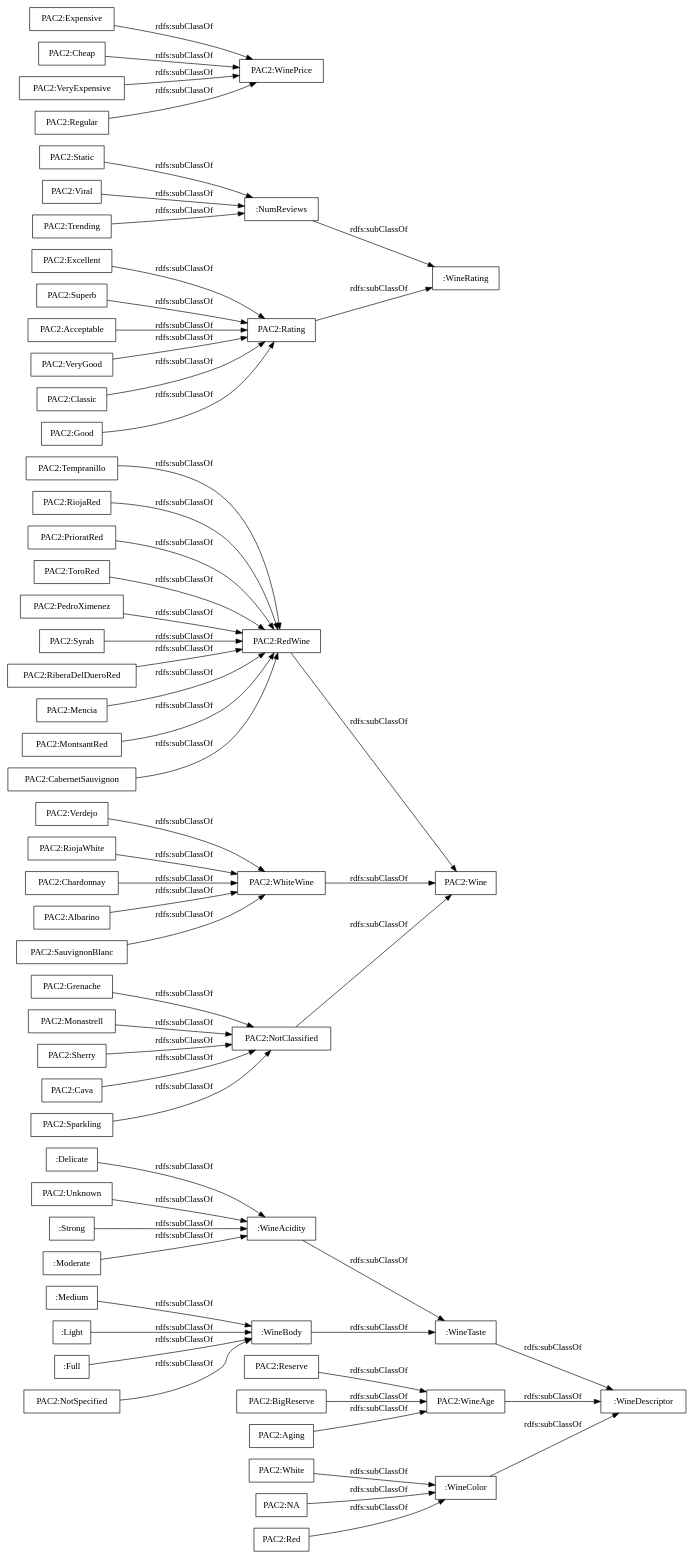
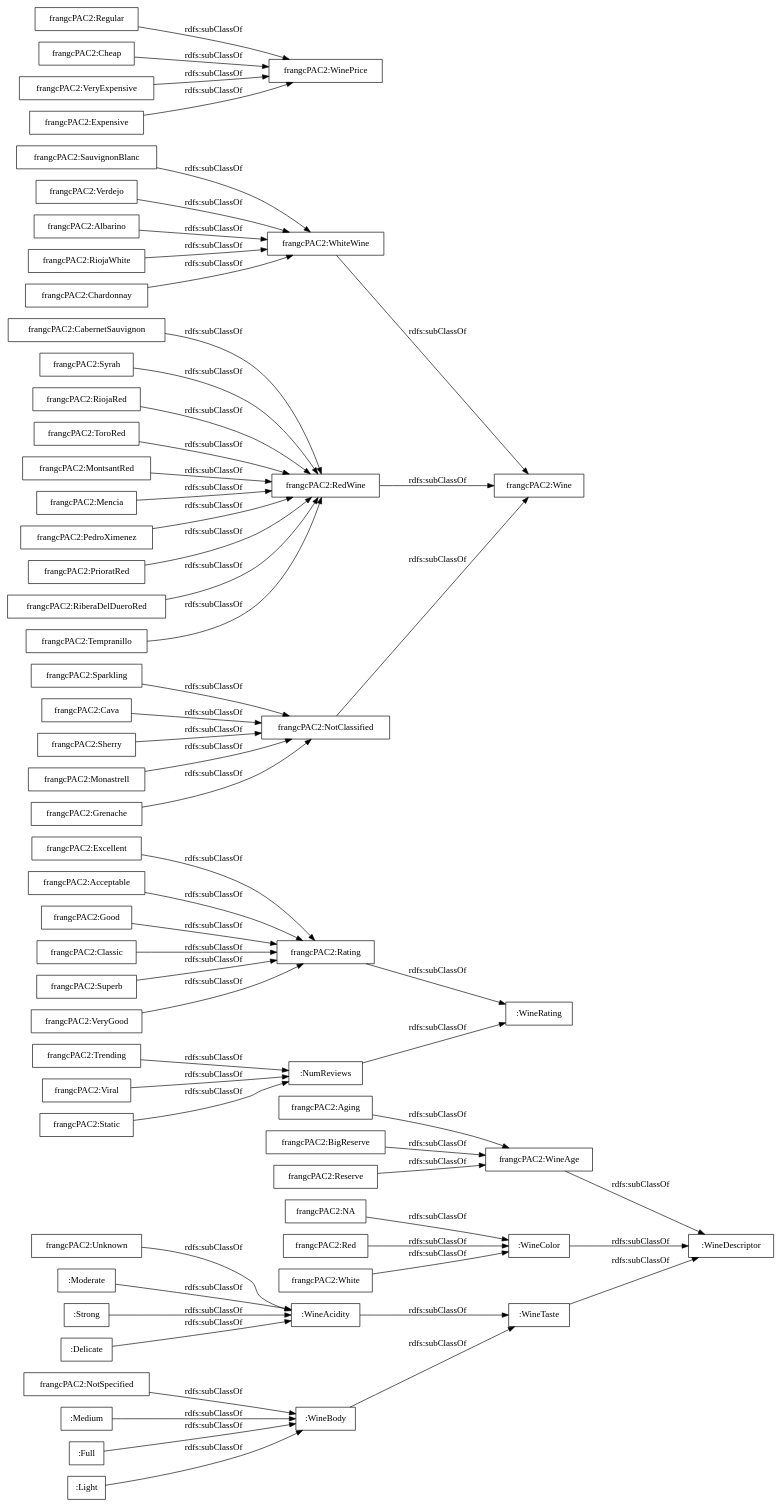
One commit to frangcUOC/05581_PAC2 changed the diagram in OnToology/PAC2.rdf/diagrams/ar2dtool-taxonomy/PAC2.rdf.png.dot. Above: the diagram before and after it, drawn with Graphviz. The commit also changed 12 other files, not shown here.

```diff
--- a/OnToology/PAC2.rdf/diagrams/ar2dtool-taxonomy/PAC2.rdf.png.dot
+++ b/OnToology/PAC2.rdf/diagrams/ar2dtool-taxonomy/PAC2.rdf.png.dot
@@ -1,63 +1,63 @@
 digraph ar2dtool_diagram { 
 rankdir=LR;
 size="1000"
-node [shape = rectangle, color="black"]; "PAC2:White" "PAC2:Wine" "PAC2:Excellent" "PAC2:Static" ":Delicate" "PAC2:Expensive" "PAC2:Aging" "PAC2:Tempranillo" "PAC2:Classic" ":WineDescriptor" "PAC2:RiojaRed" "PAC2:Cheap" "PAC2:Verdejo" "PAC2:Grenache" "PAC2:WinePrice" ":WineTaste" "PAC2:PrioratRed" "PAC2:RiojaWhite" ":WineAcidity" "PAC2:Good" "PAC2:Chardonnay" ":Medium" "PAC2:RedWine" "PAC2:Reserve" "PAC2:VeryExpensive" "PAC2:ToroRed" "PAC2:Albarino" "PAC2:Viral" "PAC2:Rating" "PAC2:Regular" "PAC2:Monastrell" "PAC2:SauvignonBlanc" "PAC2:PedroXimenez" ":Light" "PAC2:WineAge" "PAC2:WhiteWine" ":WineColor" "PAC2:Unknown" "PAC2:BigReserve" ":WineBody" ":Strong" ":WineRating" "PAC2:Superb" "PAC2:Syrah" "PAC2:RiberaDelDueroRed" "PAC2:Red" "PAC2:Trending" ":Moderate" "PAC2:NotClassified" "PAC2:Sherry" ":Full" "PAC2:Cava" "PAC2:Mencia" "PAC2:NotSpecified" "PAC2:Sparkling" ":NumReviews" "PAC2:MontsantRed" "PAC2:CabernetSauvignon" "PAC2:Acceptable" "PAC2:VeryGood" "PAC2:NA" ; /*classes style*/
-	"PAC2:Acceptable" -> "PAC2:Rating" [ label = "rdfs:subClassOf" ];
-	"PAC2:Verdejo" -> "PAC2:WhiteWine" [ label = "rdfs:subClassOf" ];
-	"PAC2:White" -> ":WineColor" [ label = "rdfs:subClassOf" ];
-	"PAC2:Good" -> "PAC2:Rating" [ label = "rdfs:subClassOf" ];
+node [shape = rectangle, color="black"]; ":WineTaste" "frangcPAC2:Trending" ":WineAcidity" ":WineRating" "frangcPAC2:Sparkling" "frangcPAC2:Grenache" "frangcPAC2:Aging" "frangcPAC2:Classic" "frangcPAC2:Rating" "frangcPAC2:NotSpecified" "frangcPAC2:Superb" "frangcPAC2:CabernetSauvignon" "frangcPAC2:Regular" "frangcPAC2:Cava" "frangcPAC2:Syrah" "frangcPAC2:WinePrice" "frangcPAC2:WineAge" "frangcPAC2:Unknown" ":NumReviews" "frangcPAC2:RiojaRed" "frangcPAC2:SauvignonBlanc" ":Moderate" "frangcPAC2:WhiteWine" "frangcPAC2:ToroRed" "frangcPAC2:VeryGood" ":WineBody" ":Medium" "frangcPAC2:MontsantRed" "frangcPAC2:Verdejo" "frangcPAC2:Mencia" "frangcPAC2:Wine" "frangcPAC2:Cheap" ":Strong" "frangcPAC2:NotClassified" "frangcPAC2:Excellent" ":Full" "frangcPAC2:Acceptable" "frangcPAC2:NA" "frangcPAC2:Good" "frangcPAC2:PedroXimenez" "frangcPAC2:Albarino" "frangcPAC2:Red" ":WineDescriptor" "frangcPAC2:PrioratRed" "frangcPAC2:RiberaDelDueroRed" "frangcPAC2:BigReserve" ":WineColor" "frangcPAC2:VeryExpensive" "frangcPAC2:RiojaWhite" "frangcPAC2:Reserve" "frangcPAC2:Viral" "frangcPAC2:Expensive" ":Light" "frangcPAC2:Sherry" ":Delicate" "frangcPAC2:Static" "frangcPAC2:Tempranillo" "frangcPAC2:Monastrell" "frangcPAC2:RedWine" "frangcPAC2:White" "frangcPAC2:Chardonnay" ; /*classes style*/
+	"frangcPAC2:Cheap" -> "frangcPAC2:WinePrice" [ label = "rdfs:subClassOf" ];
+	"frangcPAC2:NotSpecified" -> ":WineBody" [ label = "rdfs:subClassOf" ];
+	"frangcPAC2:VeryExpensive" -> "frangcPAC2:WinePrice" [ label = "rdfs:subClassOf" ];
+	"frangcPAC2:BigReserve" -> "frangcPAC2:WineAge" [ label = "rdfs:subClassOf" ];
+	"frangcPAC2:WineAge" -> ":WineDescriptor" [ label = "rdfs:subClassOf" ];
+	":Light" -> ":WineBody" [ label = "rdfs:subClassOf" ];
 	":Full" -> ":WineBody" [ label = "rdfs:subClassOf" ];
-	"PAC2:Syrah" -> "PAC2:RedWine" [ label = "rdfs:subClassOf" ];
-	"PAC2:Monastrell" -> "PAC2:NotClassified" [ label = "rdfs:subClassOf" ];
-	"PAC2:Trending" -> ":NumReviews" [ label = "rdfs:subClassOf" ];
-	"PAC2:Sherry" -> "PAC2:NotClassified" [ label = "rdfs:subClassOf" ];
-	"PAC2:BigReserve" -> "PAC2:WineAge" [ label = "rdfs:subClassOf" ];
-	"PAC2:Regular" -> "PAC2:WinePrice" [ label = "rdfs:subClassOf" ];
-	"PAC2:Classic" -> "PAC2:Rating" [ label = "rdfs:subClassOf" ];
+	"frangcPAC2:Albarino" -> "frangcPAC2:WhiteWine" [ label = "rdfs:subClassOf" ];
+	"frangcPAC2:Sparkling" -> "frangcPAC2:NotClassified" [ label = "rdfs:subClassOf" ];
+	"frangcPAC2:Viral" -> ":NumReviews" [ label = "rdfs:subClassOf" ];
+	"frangcPAC2:WhiteWine" -> "frangcPAC2:Wine" [ label = "rdfs:subClassOf" ];
+	"frangcPAC2:Verdejo" -> "frangcPAC2:WhiteWine" [ label = "rdfs:subClassOf" ];
+	"frangcPAC2:RiojaWhite" -> "frangcPAC2:WhiteWine" [ label = "rdfs:subClassOf" ];
+	":Moderate" -> ":WineAcidity" [ label = "rdfs:subClassOf" ];
+	"frangcPAC2:SauvignonBlanc" -> "frangcPAC2:WhiteWine" [ label = "rdfs:subClassOf" ];
+	"frangcPAC2:PedroXimenez" -> "frangcPAC2:RedWine" [ label = "rdfs:subClassOf" ];
+	"frangcPAC2:Tempranillo" -> "frangcPAC2:RedWine" [ label = "rdfs:subClassOf" ];
+	"frangcPAC2:NotClassified" -> "frangcPAC2:Wine" [ label = "rdfs:subClassOf" ];
+	"frangcPAC2:Sherry" -> "frangcPAC2:NotClassified" [ label = "rdfs:subClassOf" ];
+	"frangcPAC2:Monastrell" -> "frangcPAC2:NotClassified" [ label = "rdfs:subClassOf" ];
+	"frangcPAC2:White" -> ":WineColor" [ label = "rdfs:subClassOf" ];
+	"frangcPAC2:Good" -> "frangcPAC2:Rating" [ label = "rdfs:subClassOf" ];
+	"frangcPAC2:RiberaDelDueroRed" -> "frangcPAC2:RedWine" [ label = "rdfs:subClassOf" ];
+	"frangcPAC2:Regular" -> "frangcPAC2:WinePrice" [ label = "rdfs:subClassOf" ];
+	"frangcPAC2:Syrah" -> "frangcPAC2:RedWine" [ label = "rdfs:subClassOf" ];
+	"frangcPAC2:Classic" -> "frangcPAC2:Rating" [ label = "rdfs:subClassOf" ];
+	"frangcPAC2:CabernetSauvignon" -> "frangcPAC2:RedWine" [ label = "rdfs:subClassOf" ];
+	":Delicate" -> ":WineAcidity" [ label = "rdfs:subClassOf" ];
+	"frangcPAC2:Reserve" -> "frangcPAC2:WineAge" [ label = "rdfs:subClassOf" ];
+	"frangcPAC2:MontsantRed" -> "frangcPAC2:RedWine" [ label = "rdfs:subClassOf" ];
+	"frangcPAC2:Red" -> ":WineColor" [ label = "rdfs:subClassOf" ];
+	"frangcPAC2:Unknown" -> ":WineAcidity" [ label = "rdfs:subClassOf" ];
+	"frangcPAC2:Grenache" -> "frangcPAC2:NotClassified" [ label = "rdfs:subClassOf" ];
 	":Medium" -> ":WineBody" [ label = "rdfs:subClassOf" ];
-	"PAC2:Reserve" -> "PAC2:WineAge" [ label = "rdfs:subClassOf" ];
-	"PAC2:MontsantRed" -> "PAC2:RedWine" [ label = "rdfs:subClassOf" ];
-	"PAC2:SauvignonBlanc" -> "PAC2:WhiteWine" [ label = "rdfs:subClassOf" ];
+	"frangcPAC2:VeryGood" -> "frangcPAC2:Rating" [ label = "rdfs:subClassOf" ];
+	"frangcPAC2:Static" -> ":NumReviews" [ label = "rdfs:subClassOf" ];
+	"frangcPAC2:Aging" -> "frangcPAC2:WineAge" [ label = "rdfs:subClassOf" ];
+	"frangcPAC2:NA" -> ":WineColor" [ label = "rdfs:subClassOf" ];
+	":WineColor" -> ":WineDescriptor" [ label = "rdfs:subClassOf" ];
+	"frangcPAC2:Superb" -> "frangcPAC2:Rating" [ label = "rdfs:subClassOf" ];
+	":Strong" -> ":WineAcidity" [ label = "rdfs:subClassOf" ];
+	"frangcPAC2:Mencia" -> "frangcPAC2:RedWine" [ label = "rdfs:subClassOf" ];
+	"frangcPAC2:Cava" -> "frangcPAC2:NotClassified" [ label = "rdfs:subClassOf" ];
+	"frangcPAC2:Chardonnay" -> "frangcPAC2:WhiteWine" [ label = "rdfs:subClassOf" ];
+	"frangcPAC2:RiojaRed" -> "frangcPAC2:RedWine" [ label = "rdfs:subClassOf" ];
+	"frangcPAC2:RedWine" -> "frangcPAC2:Wine" [ label = "rdfs:subClassOf" ];
+	":WineTaste" -> ":WineDescriptor" [ label = "rdfs:subClassOf" ];
+	":NumReviews" -> ":WineRating" [ label = "rdfs:subClassOf" ];
+	"frangcPAC2:Excellent" -> "frangcPAC2:Rating" [ label = "rdfs:subClassOf" ];
+	"frangcPAC2:Expensive" -> "frangcPAC2:WinePrice" [ label = "rdfs:subClassOf" ];
 	":WineBody" -> ":WineTaste" [ label = "rdfs:subClassOf" ];
-	"PAC2:Unknown" -> ":WineAcidity" [ label = "rdfs:subClassOf" ];
-	"PAC2:Aging" -> "PAC2:WineAge" [ label = "rdfs:subClassOf" ];
-	"PAC2:RiojaWhite" -> "PAC2:WhiteWine" [ label = "rdfs:subClassOf" ];
-	"PAC2:Albarino" -> "PAC2:WhiteWine" [ label = "rdfs:subClassOf" ];
-	":Moderate" -> ":WineAcidity" [ label = "rdfs:subClassOf" ];
-	"PAC2:Excellent" -> "PAC2:Rating" [ label = "rdfs:subClassOf" ];
-	":NumReviews" -> ":WineRating" [ label = "rdfs:subClassOf" ];
-	"PAC2:Expensive" -> "PAC2:WinePrice" [ label = "rdfs:subClassOf" ];
-	"PAC2:Cava" -> "PAC2:NotClassified" [ label = "rdfs:subClassOf" ];
-	"PAC2:Red" -> ":WineColor" [ label = "rdfs:subClassOf" ];
-	"PAC2:Grenache" -> "PAC2:NotClassified" [ label = "rdfs:subClassOf" ];
-	"PAC2:Static" -> ":NumReviews" [ label = "rdfs:subClassOf" ];
-	"PAC2:VeryExpensive" -> "PAC2:WinePrice" [ label = "rdfs:subClassOf" ];
-	":Light" -> ":WineBody" [ label = "rdfs:subClassOf" ];
-	"PAC2:Superb" -> "PAC2:Rating" [ label = "rdfs:subClassOf" ];
-	"PAC2:Chardonnay" -> "PAC2:WhiteWine" [ label = "rdfs:subClassOf" ];
-	"PAC2:RedWine" -> "PAC2:Wine" [ label = "rdfs:subClassOf" ];
+	"frangcPAC2:Rating" -> ":WineRating" [ label = "rdfs:subClassOf" ];
+	"frangcPAC2:Acceptable" -> "frangcPAC2:Rating" [ label = "rdfs:subClassOf" ];
 	":WineAcidity" -> ":WineTaste" [ label = "rdfs:subClassOf" ];
-	":Delicate" -> ":WineAcidity" [ label = "rdfs:subClassOf" ];
-	"PAC2:Mencia" -> "PAC2:RedWine" [ label = "rdfs:subClassOf" ];
-	"PAC2:CabernetSauvignon" -> "PAC2:RedWine" [ label = "rdfs:subClassOf" ];
-	":Strong" -> ":WineAcidity" [ label = "rdfs:subClassOf" ];
-	":WineColor" -> ":WineDescriptor" [ label = "rdfs:subClassOf" ];
-	"PAC2:NotSpecified" -> ":WineBody" [ label = "rdfs:subClassOf" ];
-	"PAC2:Sparkling" -> "PAC2:NotClassified" [ label = "rdfs:subClassOf" ];
-	"PAC2:VeryGood" -> "PAC2:Rating" [ label = "rdfs:subClassOf" ];
-	"PAC2:WhiteWine" -> "PAC2:Wine" [ label = "rdfs:subClassOf" ];
-	":WineTaste" -> ":WineDescriptor" [ label = "rdfs:subClassOf" ];
-	"PAC2:ToroRed" -> "PAC2:RedWine" [ label = "rdfs:subClassOf" ];
-	"PAC2:Cheap" -> "PAC2:WinePrice" [ label = "rdfs:subClassOf" ];
-	"PAC2:Tempranillo" -> "PAC2:RedWine" [ label = "rdfs:subClassOf" ];
-	"PAC2:RiberaDelDueroRed" -> "PAC2:RedWine" [ label = "rdfs:subClassOf" ];
-	"PAC2:Rating" -> ":WineRating" [ label = "rdfs:subClassOf" ];
-	"PAC2:PrioratRed" -> "PAC2:RedWine" [ label = "rdfs:subClassOf" ];
-	"PAC2:RiojaRed" -> "PAC2:RedWine" [ label = "rdfs:subClassOf" ];
-	"PAC2:PedroXimenez" -> "PAC2:RedWine" [ label = "rdfs:subClassOf" ];
-	"PAC2:NA" -> ":WineColor" [ label = "rdfs:subClassOf" ];
-	"PAC2:WineAge" -> ":WineDescriptor" [ label = "rdfs:subClassOf" ];
-	"PAC2:NotClassified" -> "PAC2:Wine" [ label = "rdfs:subClassOf" ];
-	"PAC2:Viral" -> ":NumReviews" [ label = "rdfs:subClassOf" ];
+	"frangcPAC2:ToroRed" -> "frangcPAC2:RedWine" [ label = "rdfs:subClassOf" ];
+	"frangcPAC2:PrioratRed" -> "frangcPAC2:RedWine" [ label = "rdfs:subClassOf" ];
+	"frangcPAC2:Trending" -> ":NumReviews" [ label = "rdfs:subClassOf" ];
 
 }
```
